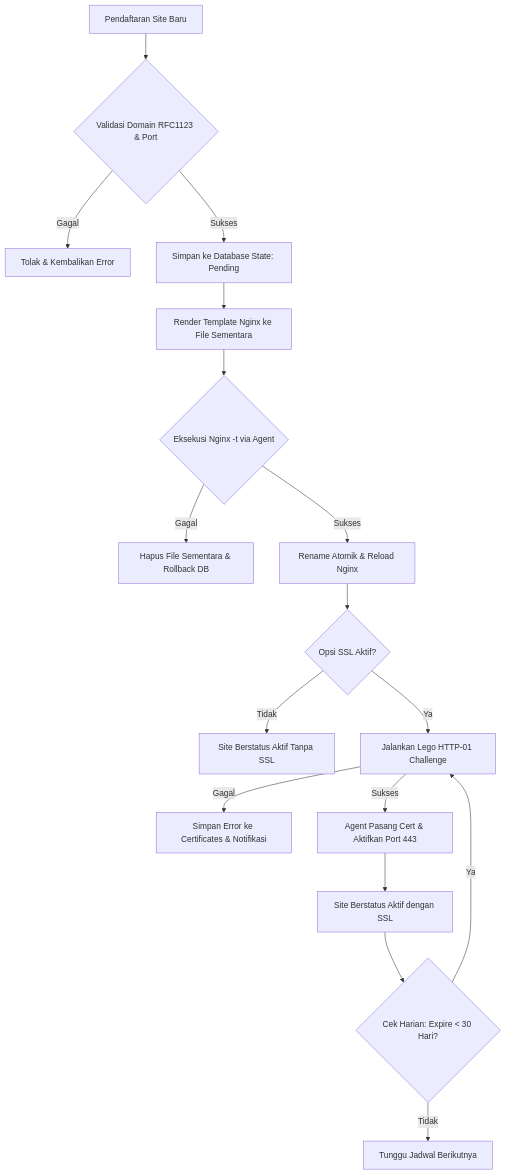
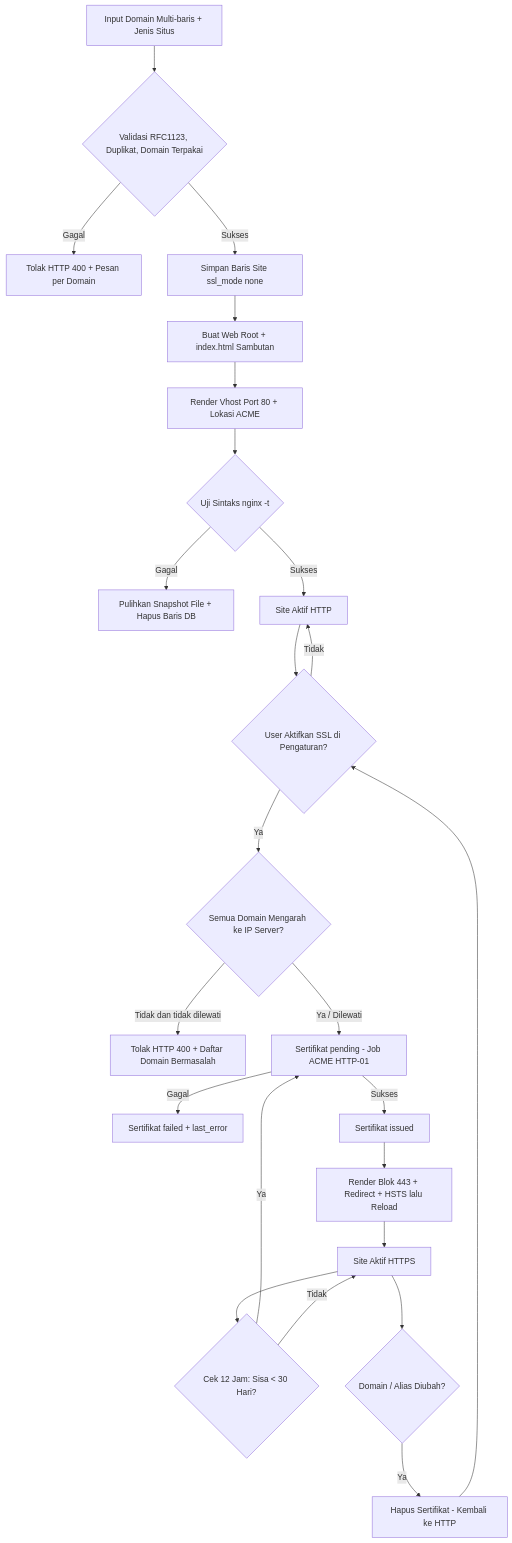
Before and after one commit to FikFikk/fikpanel: the first of 3 diagrams in documentation.md, drawn with Mermaid. The commit also changed other lines of this file and 41 other files, not shown here.

Commit message:
feat(sites): add multi-domain site wizard, post-create Let's Encrypt SSL, and Nginx manager

````diff
--- a/documentation.md
+++ b/documentation.md
@@ -7,20 +7,26 @@
 ```mermaid
 flowchart TD
-    Draft[Pendaftaran Site Baru] --> Validasi{Validasi Domain RFC1123 & Port}
-    Validasi -- Gagal --> Tolak[Tolak & Kembalikan Error]
-    Validasi -- Sukses --> SimpanDB[Simpan ke Database State: Pending]
-    SimpanDB --> RenderTmpl[Render Template Nginx ke File Sementara]
-    RenderTmpl --> TestNginx{Eksekusi Nginx -t via Agent}
-    TestNginx -- Gagal --> Rollback[Hapus File Sementara & Rollback DB]
-    TestNginx -- Sukses --> CommitNginx[Rename Atomik & Reload Nginx]
-    CommitNginx --> CekSSL{Opsi SSL Aktif?}
-    CekSSL -- Tidak --> SelesaiActive[Site Berstatus Aktif Tanpa SSL]
-    CekSSL -- Ya --> ChallengeHTTP[Jalankan Lego HTTP-01 Challenge]
-    ChallengeHTTP -- Gagal --> LogErrorSSL[Simpan Error ke Certificates & Notifikasi]
-    ChallengeHTTP -- Sukses --> InstallCert[Agent Pasang Cert & Aktifkan Port 443]
-    InstallCert --> SelesaiSSLActive[Site Berstatus Aktif dengan SSL]
-    
-    SelesaiSSLActive --> CronRenew{Cek Harian: Expire < 30 Hari?}
-    CronRenew -- Ya --> ChallengeHTTP
-    CronRenew -- Tidak --> TungguJadwal[Tunggu Jadwal Berikutnya]
+    Input[Input Domain Multi-baris + Jenis Situs] --> Validasi{Validasi RFC1123, Duplikat, Domain Terpakai}
+    Validasi -- Gagal --> Tolak[Tolak HTTP 400 + Pesan per Domain]
+    Validasi -- Sukses --> SimpanDB[Simpan Baris Site ssl_mode none]
+    SimpanDB --> Root[Buat Web Root + index.html Sambutan]
+    Root --> Render[Render Vhost Port 80 + Lokasi ACME]
+    Render --> TestNginx{Uji Sintaks nginx -t}
+    TestNginx -- Gagal --> Rollback[Pulihkan Snapshot File + Hapus Baris DB]
+    TestNginx -- Sukses --> Aktif[Site Aktif HTTP]
+    Aktif --> AktifkanSSL{User Aktifkan SSL di Pengaturan?}
+    AktifkanSSL -- Tidak --> Aktif
+    AktifkanSSL -- Ya --> CekDNS{Semua Domain Mengarah ke IP Server?}
+    CekDNS -- Tidak dan tidak dilewati --> TolakDNS[Tolak HTTP 400 + Daftar Domain Bermasalah]
+    CekDNS -- Ya / Dilewati --> Pending[Sertifikat pending - Job ACME HTTP-01]
+    Pending -- Gagal --> Failed[Sertifikat failed + last_error]
+    Pending -- Sukses --> Issued[Sertifikat issued]
+    Issued --> Pasang[Render Blok 443 + Redirect + HSTS lalu Reload]
+    Pasang --> AktifSSL[Site Aktif HTTPS]
+    AktifSSL --> Renew{Cek 12 Jam: Sisa < 30 Hari?}
+    Renew -- Ya --> Pending
+    Renew -- Tidak --> AktifSSL
+    AktifSSL --> UbahDomain{Domain / Alias Diubah?}
+    UbahDomain -- Ya --> Reset[Hapus Sertifikat - Kembali ke HTTP]
+    Reset --> AktifkanSSL
 ```
````
